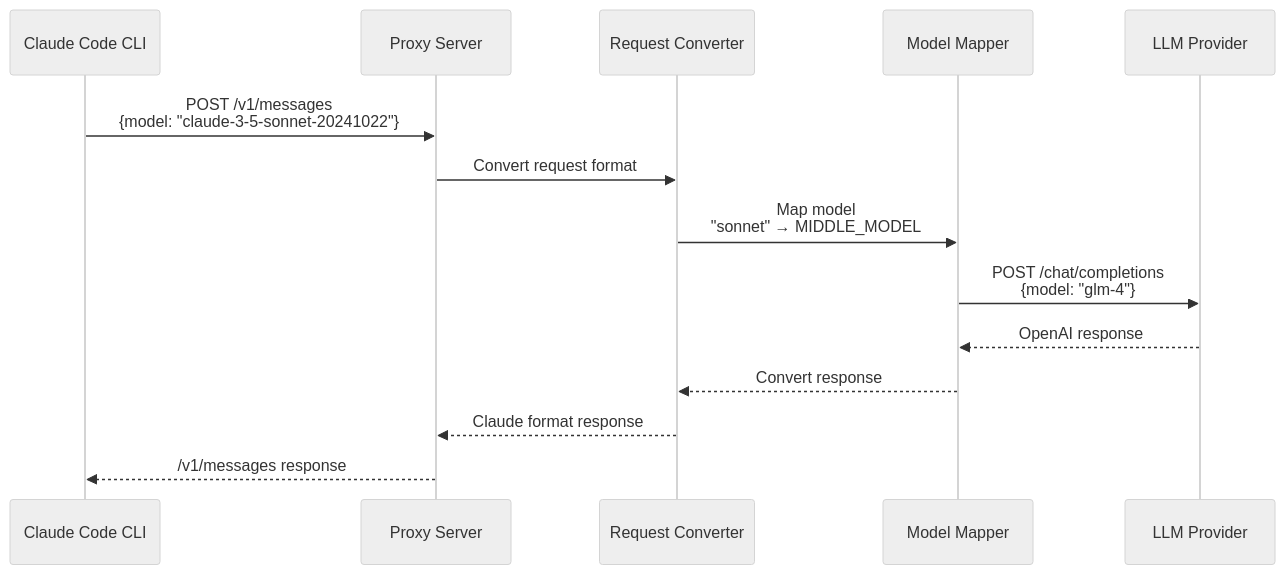
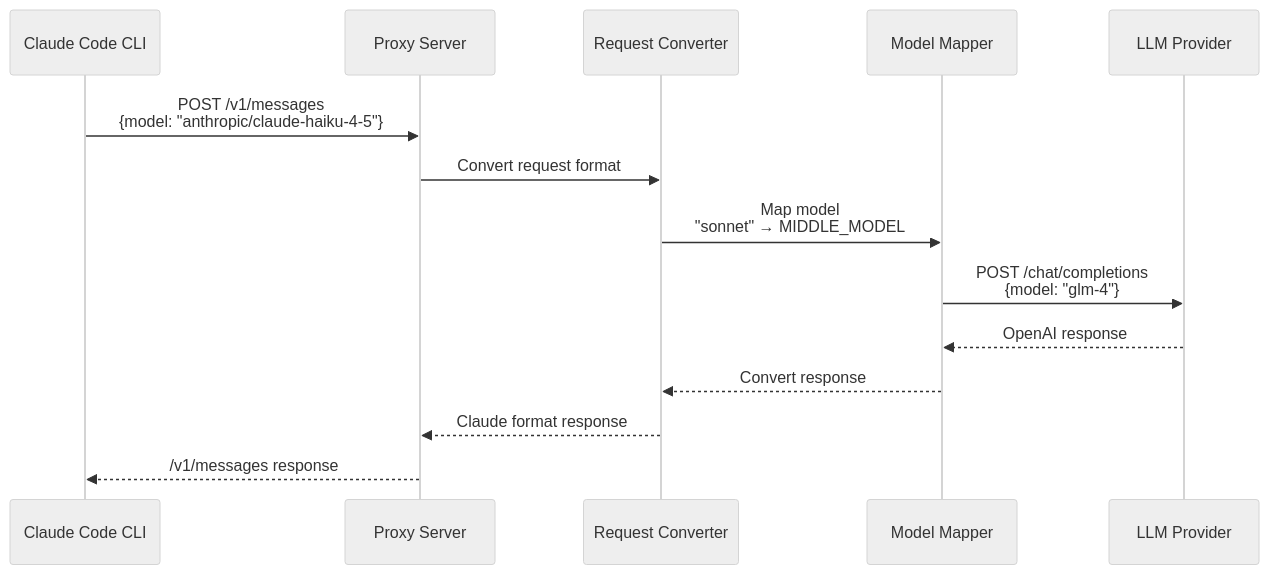
One commit to zoonderkins/claude-code-proxy changed the second of 2 diagrams in README.md. Above: the diagram before and after it, drawn with Mermaid (neutral theme). The commit also changed other lines of this file and 8 other files, not shown here.

````diff
--- a/README.md
+++ b/README.md
@@ -73,17 +73,17 @@
 ```mermaid
 sequenceDiagram
     participant CC as Claude Code CLI
     participant P as Proxy Server
     participant RC as Request Converter
     participant MM as Model Mapper
     participant LLM as LLM Provider
 
-    CC->>P: POST /v1/messages<br/>{model: "claude-3-5-sonnet-20241022"}
+    CC->>P: POST /v1/messages<br/>{model: "anthropic/claude-haiku-4-5"}
     P->>RC: Convert request format
     RC->>MM: Map model<br/>"sonnet" → MIDDLE_MODEL
     MM->>LLM: POST /chat/completions<br/>{model: "glm-4"}
     LLM-->>MM: OpenAI response
     MM-->>RC: Convert response
     RC-->>P: Claude format response
     P-->>CC: /v1/messages response
 ```
````
